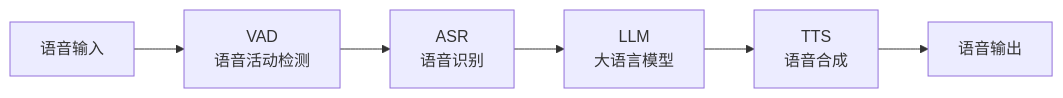
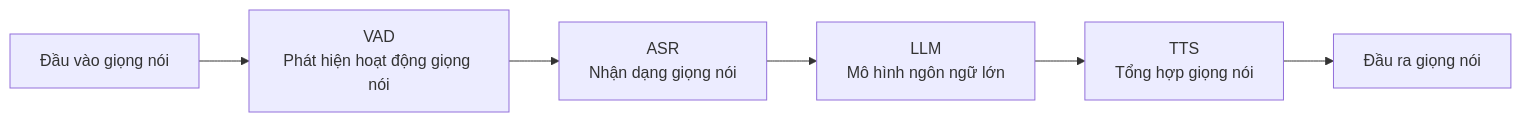
Before and after one commit to QuocTho228/milestones-esp32-server-golang: the second of 2 diagrams in doc/esp32_milestones_backend_guide.md, drawn with Mermaid. The commit also changed other lines of this file and 50 other files, not shown here.

````diff
--- a/doc/esp32_milestones_backend_guide.md
+++ b/doc/esp32_milestones_backend_guide.md
@@ -112,9 +112,9 @@
 ```mermaid
 flowchart LR
-    A[语音输入] --> B[VAD<br>语音活动检测]
-    B --> C[ASR<br>语音识别]
-    C --> D[LLM<br>大语言模型]
-    D --> E[TTS<br>语音合成]
-    E --> F[语音输出]
+    A[Đầu vào giọng nói] --> B[VAD<br>Phát hiện hoạt động giọng nói]
+    B --> C[ASR<br>Nhận dạng giọng nói]
+    C --> D[LLM<br>Mô hình ngôn ngữ lớn]
+    D --> E[TTS<br>Tổng hợp giọng nói]
+    E --> F[Đầu ra giọng nói]
 
 ```
````
